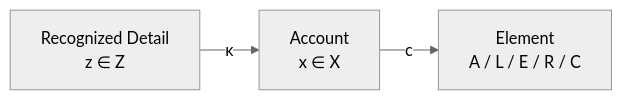
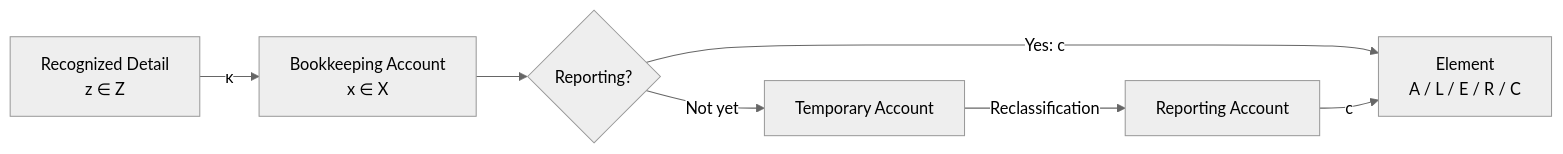
Before and after one commit to niikei/accounting-state-model: the second of 2 diagrams in theory/04-accounts-and-classification.md, drawn with Mermaid (neutral theme). The commit also changed other lines of this file and 4 other files, not shown here.

Commit message:
temporary account

````diff
--- a/theory/04-accounts-and-classification.md
+++ b/theory/04-accounts-and-classification.md
@@ -74,8 +97,14 @@
 ```mermaid
 flowchart LR
     DETAIL["Recognized Detail<br/>z ∈ Z"]
-    ACCOUNT["Account<br/>x ∈ X"]
+    ACCOUNT["Bookkeeping Account<br/>x ∈ X"]
+    ROLE{"Reporting?"}
+    TEMP["Temporary Account"]
+    REPORT["Reporting Account"]
     ELEMENT["Element<br/>A / L / E / R / C"]
 
-    DETAIL -->|"κ"| ACCOUNT -->|"c"| ELEMENT
+    DETAIL -->|"κ"| ACCOUNT --> ROLE
+    ROLE -->|"Yes: c"| ELEMENT
+    ROLE -->|"Not yet"| TEMP
+    TEMP -->|"Reclassification"| REPORT -->|"c"| ELEMENT
 ```
````
